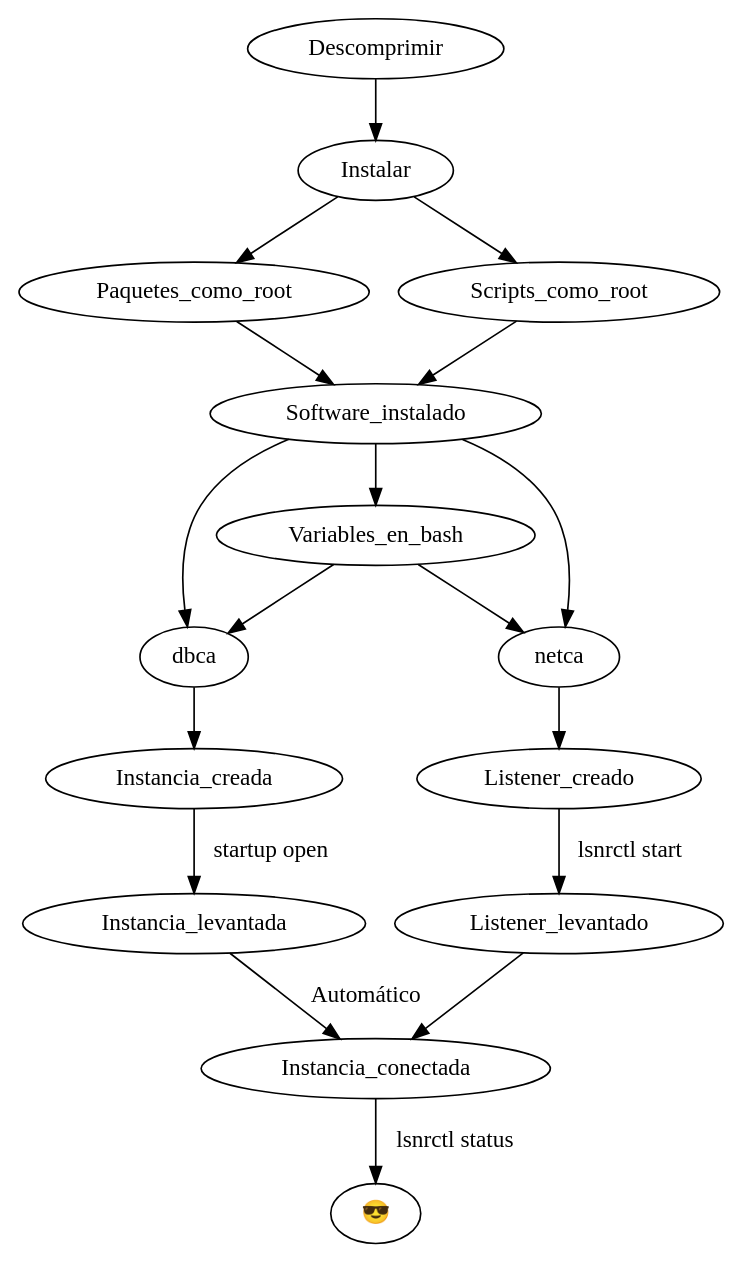
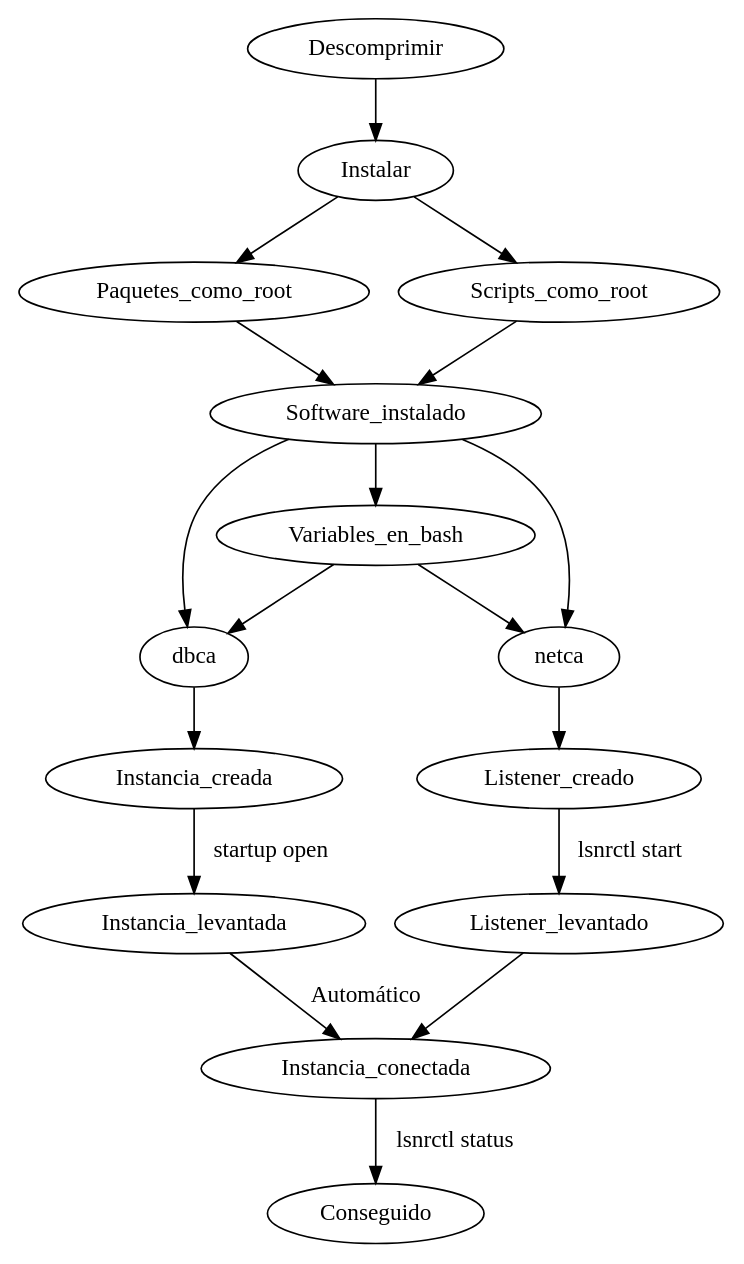
One commit to overdrive80/apuntes-clase changed the diagram in sistemas-gestores-bbdd-asir2/apuntes/1/asgbd-1-instalar-oracle.org. Above: the diagram before and after it, drawn with Graphviz. The commit also changed other lines of this file and 5 other files, not shown here.

```diff
--- a/sistemas-gestores-bbdd-asir2/apuntes/1/asgbd-1-instalar-oracle.org
+++ b/sistemas-gestores-bbdd-asir2/apuntes/1/asgbd-1-instalar-oracle.org
@@ -519,31 +519,31 @@
-#+BEGIN_SRC dot :file diagrama-instalacion-oracle.png :exports results :cmdline -Tpng
+#+BEGIN_SRC dot :file diagrama-instalacion-oracle.svg :exports results :cmdline -Tsvg
 digraph {
   Descomprimir -> Instalar
   Instalar -> Paquetes_como_root
   Instalar -> Scripts_como_root
 
   Paquetes_como_root -> Software_instalado
   Scripts_como_root -> Software_instalado
   Software_instalado -> Variables_en_bash
 
   Software_instalado -> dbca
   Software_instalado -> netca
 
   Variables_en_bash -> dbca
   Variables_en_bash -> netca
 
 
   netca -> Listener_creado
   Listener_creado -> Listener_levantado [label="lsnrctl start"]
 
   dbca -> Instancia_creada
   Instancia_creada -> Instancia_levantada [label="startup open"]
 
   Instancia_levantada -> Instancia_conectada [label="Automático"]
 
   Listener_levantado -> Instancia_conectada
 
-  Instancia_conectada -> 😎 [label="lsnrctl status"]
+  Instancia_conectada -> Conseguido [label="lsnrctl status"]
 
 }
 #+END_SRC
```
